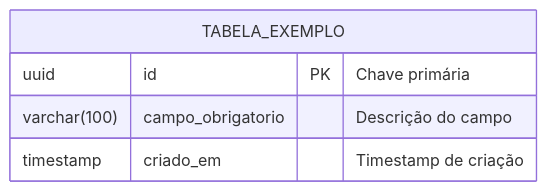
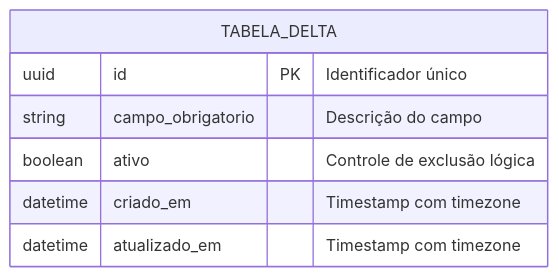
The diagram in .specify/specs/_template/data-model.md (lopxs1/MetodologiaSDD), drawn with Mermaid before and after one commit. The commit also changed other lines of this file and 8 other files, not shown here.

````diff
--- a/.specify/specs/_template/data-model.md
+++ b/.specify/specs/_template/data-model.md
@@ -22,8 +39,10 @@
 ```mermaid
 erDiagram
-    TABELA_EXEMPLO {
-        uuid id PK "Chave primária"
-        varchar(100) campo_obrigatorio "Descrição do campo"
-        timestamp criado_em "Timestamp de criação"
+    TABELA_DELTA {
+        uuid id PK "Identificador único"
+        string campo_obrigatorio "Descrição do campo"
+        boolean ativo "Controle de exclusão lógica"
+        datetime criado_em "Timestamp com timezone"
+        datetime atualizado_em "Timestamp com timezone"
     }
 ```
````
